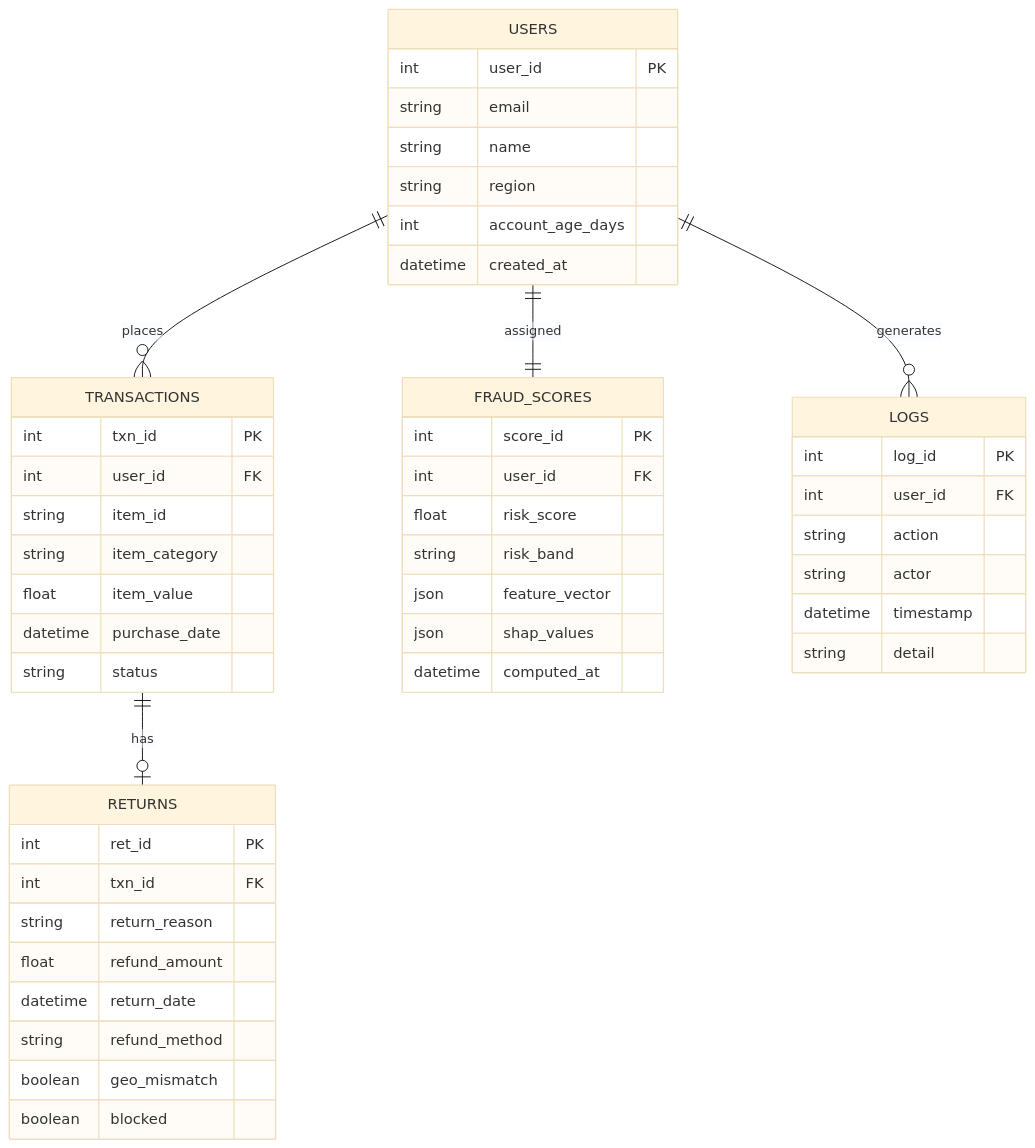
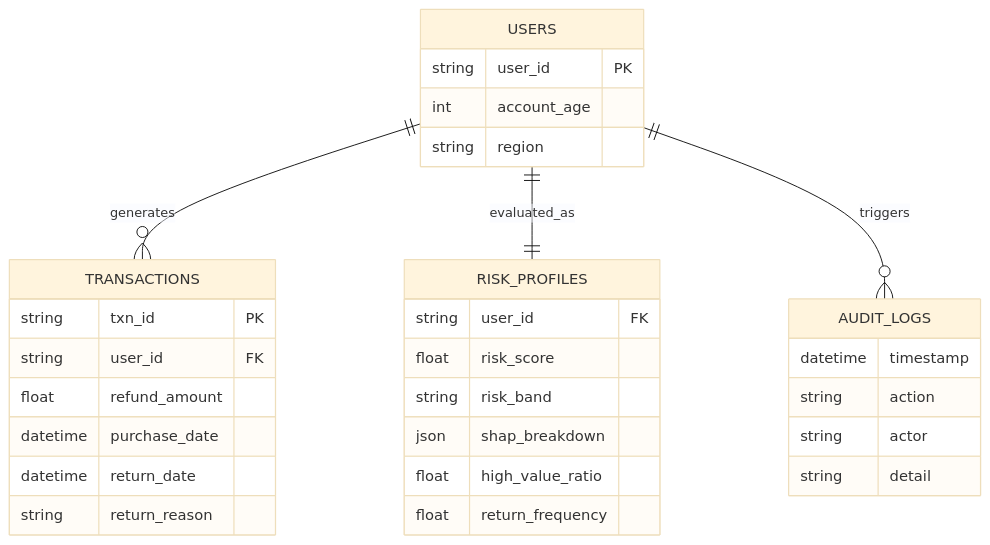
Before and after one commit to sunny5491/Fraud-Detection-Dashboard: the second of 2 diagrams in README.md, drawn with Mermaid (base theme). The commit also changed other lines of this file, not shown here.

Commit message:
docs: professional README update with UML, ERD, and deployment guides

````diff
--- a/README.md
+++ b/README.md
@@ -112,56 +89,34 @@
 ```mermaid
 erDiagram
     USERS {
-        int user_id PK
-        string email
-        string name
+        string user_id PK
+        int account_age
         string region
-        int account_age_days
-        datetime created_at
     }
-
     TRANSACTIONS {
-        int txn_id PK
-        int user_id FK
-        string item_id
-        string item_category
-        float item_value
+        string txn_id PK
+        string user_id FK
+        float refund_amount
         datetime purchase_date
-        string status
+        datetime return_date
+        string return_reason
     }
-
-    RETURNS {
-        int ret_id PK
-        int txn_id FK
-        string return_reason
-        float refund_amount
-        datetime return_date
-        string refund_method
-        boolean geo_mismatch
-        boolean blocked
-    }
-
-    FRAUD_SCORES {
-        int score_id PK
-        int user_id FK
+    RISK_PROFILES {
+        string user_id FK
         float risk_score
         string risk_band
-        json feature_vector
-        json shap_values
-        datetime computed_at
+        json shap_breakdown
+        float high_value_ratio
+        float return_frequency
     }
-
-    LOGS {
-        int log_id PK
-        int user_id FK
+    AUDIT_LOGS {
+        datetime timestamp
         string action
         string actor
-        datetime timestamp
         string detail
     }
 
-    USERS ||--o{ TRANSACTIONS : "places"
-    TRANSACTIONS ||--o| RETURNS : "has"
-    USERS ||--|| FRAUD_SCORES : "assigned"
-    USERS ||--o{ LOGS : "generates"
+    USERS ||--o{ TRANSACTIONS : "generates"
+    USERS ||--|| RISK_PROFILES : "evaluated_as"
+    USERS ||--o{ AUDIT_LOGS : "triggers"
 ```
````
